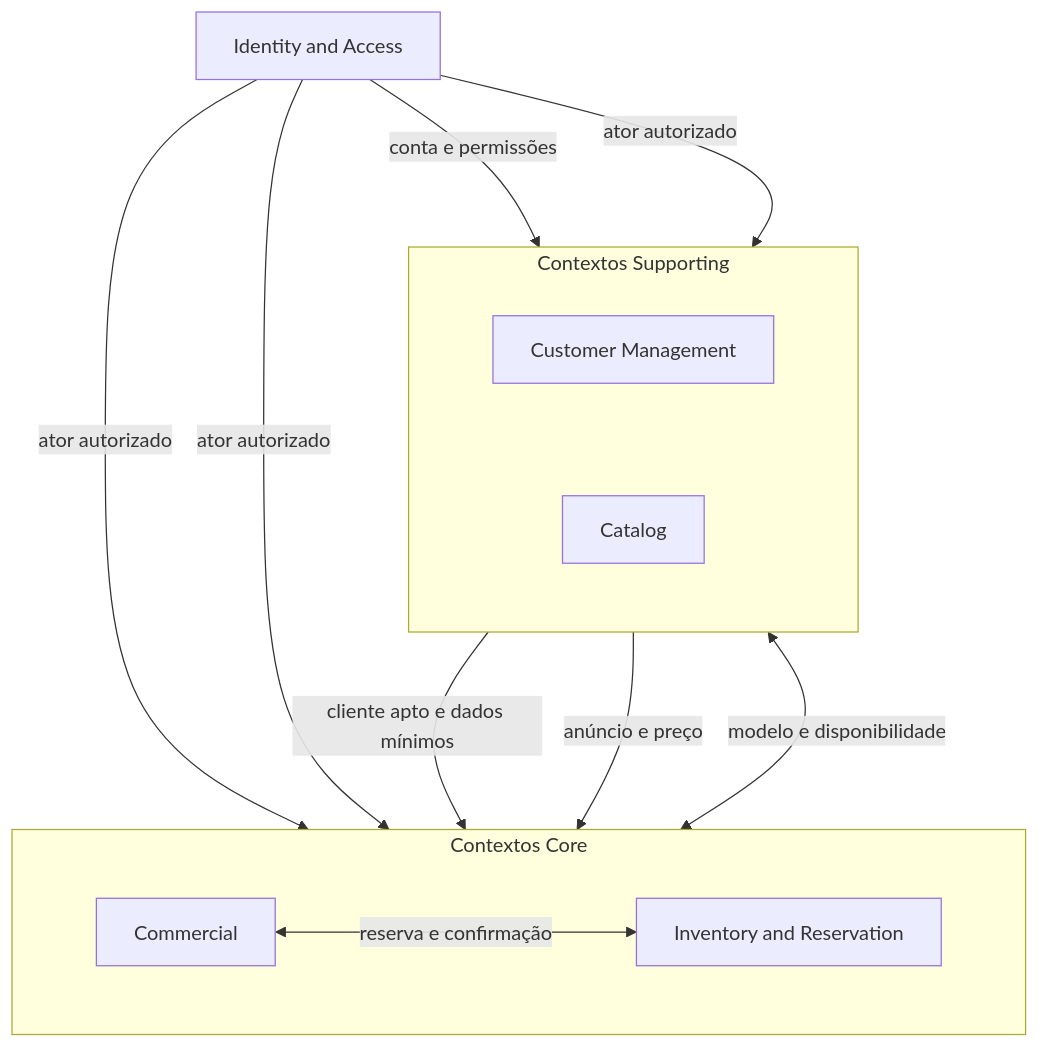
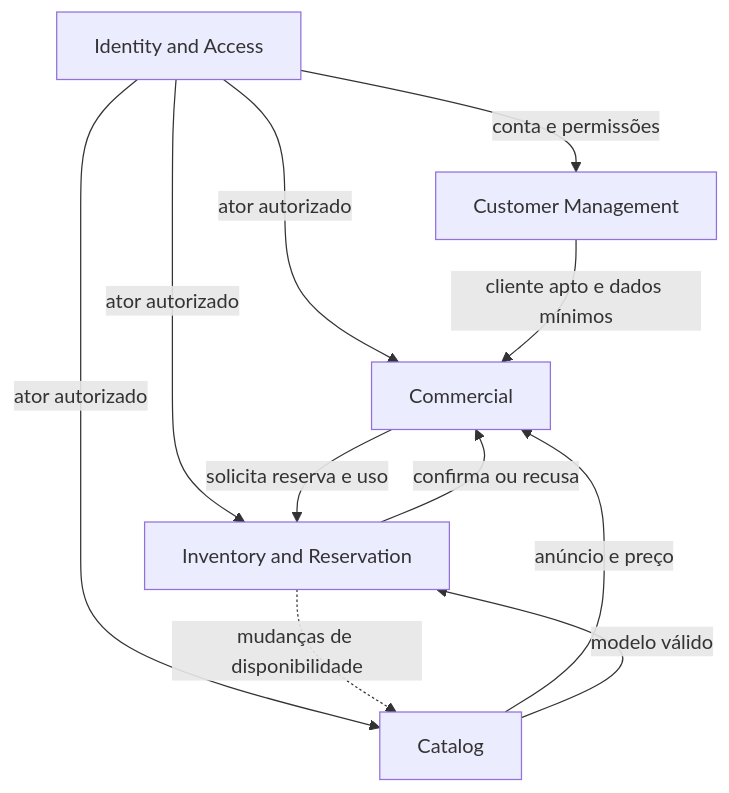
The first of 2 diagrams in docs/ddd/03-context-map.md (notmaikeise/maikeise-motohub), drawn with Mermaid before and after one commit. The commit also changed other lines of this file and 13 other files, not shown here.

````diff
--- a/docs/ddd/03-context-map.md
+++ b/docs/ddd/03-context-map.md
@@ -37,34 +37,19 @@
 ```mermaid
----
-config:
-  flowchart:
-    nodeSpacing: 90
-    rankSpacing: 110
-    curve: basis
----
-flowchart TB
+flowchart TD
     IDENTITY["Identity and Access"]
-
-    subgraph SUPPORTING["Contextos Supporting"]
-        direction LR
-        CUSTOMER["Customer Management"]
-        CATALOG["Catalog"]
-    end
-
-    subgraph CORE["Contextos Core"]
-        direction LR
-        COMMERCIAL["Commercial"]
-        INVENTORY["Inventory and Reservation"]
-    end
+    CUSTOMER["Customer Management"]
+    CATALOG["Catalog"]
+    COMMERCIAL["Commercial"]
+    INVENTORY["Inventory and Reservation"]
 
     IDENTITY -->|"conta e permissões"| CUSTOMER
     IDENTITY -->|"ator autorizado"| CATALOG
+    IDENTITY -->|"ator autorizado"| INVENTORY
     IDENTITY -->|"ator autorizado"| COMMERCIAL
-    IDENTITY -->|"ator autorizado"| INVENTORY
-
     CUSTOMER -->|"cliente apto e dados mínimos"| COMMERCIAL
     CATALOG -->|"anúncio e preço"| COMMERCIAL
-
-    CATALOG <-->|"modelo e disponibilidade"| INVENTORY
-    COMMERCIAL <-->|"reserva e confirmação"| INVENTORY
+    CATALOG -->|"modelo válido"| INVENTORY
+    INVENTORY -. "mudanças de disponibilidade" .-> CATALOG
+    COMMERCIAL -->|"solicita reserva e uso"| INVENTORY
+    INVENTORY -->|"confirma ou recusa"| COMMERCIAL
 ```
````
